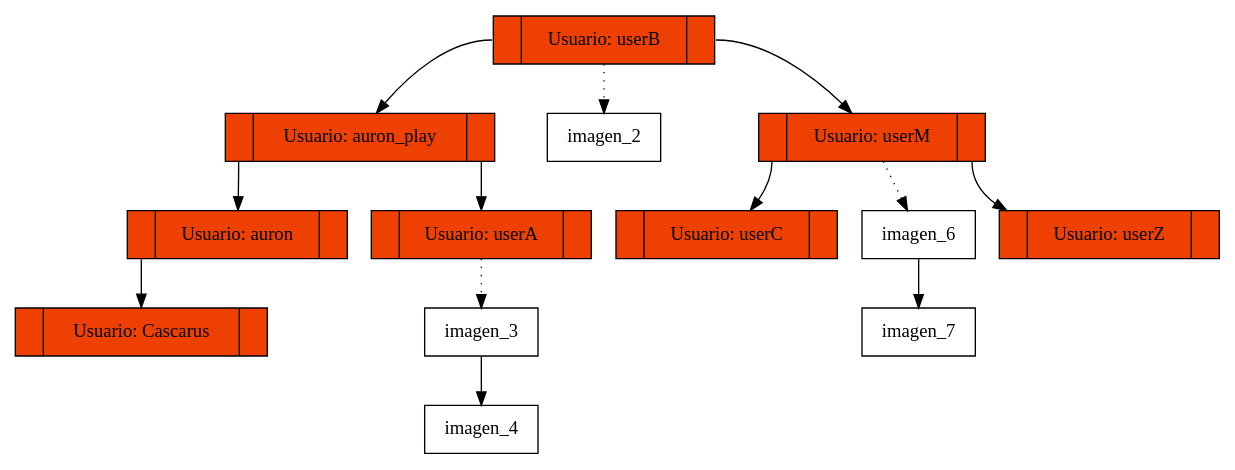
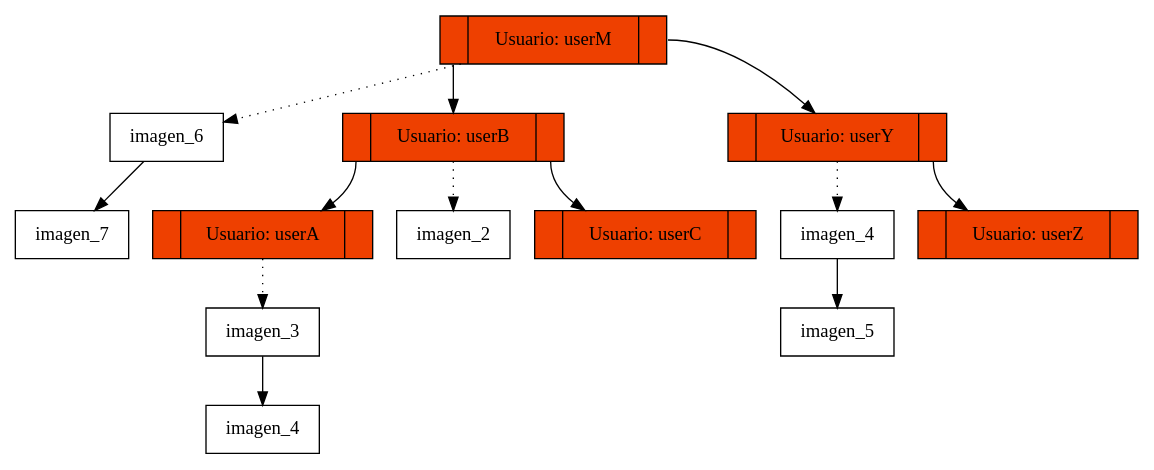
The diagram in [EDD]Proyecto1_201603127/Arbol_AVL.dot (Cascarus/-EDD-Proyecto1_201603127), drawn with Graphviz before and after one commit. The commit also changed 6 other files, not shown here.

```diff
--- a/[EDD]Proyecto1_201603127/Arbol_AVL.dot
+++ b/[EDD]Proyecto1_201603127/Arbol_AVL.dot
@@ -1,40 +1,40 @@
 digraph g{
-	Node845275:C0->Node7547661; 
-	Node845275:C1->Node8601332; 
+	Node8601332:C0->Node845275; 
+	Node8601332:C1->Node3847813; 
+	Node8601332->Node_userM_6[style=dotted]; 
+	Node_userM_6->Node_userM_7; 
+
+ 	Node_userM_6[shape=record,width=.9,height=.5,label = "imagen_6"] 
+
+ 	Node_userM_7[shape=record,width=.9,height=.5,label = "imagen_7"] 
+	Node845275:C0->Node6865180; 
+	Node845275:C1->Node2538854; 
 	Node845275->Node_userB_2[style=dotted]; 
 
  	Node_userB_2[shape=record,width=.9,height=.5,label = "imagen_2"] 
-	Node7547661:C0->Node4386362; 
-	Node7547661:C1->Node6865180; 
-	Node4386362:C0->Node4865574; 
-
- 	Node4865574[shape=record,width=.9,height=.5,style=filled,fillcolor=orangered2,label = "<C0>|Usuario: Cascarus|<C1>"] 
-
- 	Node4386362[shape=record,width=.9,height=.5,style=filled,fillcolor=orangered2,label = "<C0>|Usuario: auron|<C1>"] 
 	Node6865180->Node_userA_3[style=dotted]; 
 	Node_userA_3->Node_userA_4; 
 
  	Node_userA_3[shape=record,width=.9,height=.5,label = "imagen_3"] 
 
  	Node_userA_4[shape=record,width=.9,height=.5,label = "imagen_4"] 
 
  	Node6865180[shape=record,width=.9,height=.5,style=filled,fillcolor=orangered2,label = "<C0>|Usuario: userA|<C1>"] 
 
- 	Node7547661[shape=record,width=.9,height=.5,style=filled,fillcolor=orangered2,label = "<C0>|Usuario: auron_play|<C1>"] 
-	Node8601332:C0->Node2538854; 
-	Node8601332:C1->Node3648483; 
-	Node8601332->Node_userM_6[style=dotted]; 
-	Node_userM_6->Node_userM_7; 
+ 	Node2538854[shape=record,width=.9,height=.5,style=filled,fillcolor=orangered2,label = "<C0>|Usuario: userC|<C1>"] 
 
- 	Node_userM_6[shape=record,width=.9,height=.5,label = "imagen_6"] 
+ 	Node845275[shape=record,width=.9,height=.5,style=filled,fillcolor=orangered2,label = "<C0>|Usuario: userB|<C1>"] 
+	Node3847813:C1->Node3648483; 
+	Node3847813->Node_userY_4[style=dotted]; 
+	Node_userY_4->Node_userY_5; 
 
- 	Node_userM_7[shape=record,width=.9,height=.5,label = "imagen_7"] 
+ 	Node_userY_4[shape=record,width=.9,height=.5,label = "imagen_4"] 
 
- 	Node2538854[shape=record,width=.9,height=.5,style=filled,fillcolor=orangered2,label = "<C0>|Usuario: userC|<C1>"] 
+ 	Node_userY_5[shape=record,width=.9,height=.5,label = "imagen_5"] 
 
  	Node3648483[shape=record,width=.9,height=.5,style=filled,fillcolor=orangered2,label = "<C0>|Usuario: userZ|<C1>"] 
 
+ 	Node3847813[shape=record,width=.9,height=.5,style=filled,fillcolor=orangered2,label = "<C0>|Usuario: userY|<C1>"] 
+
  	Node8601332[shape=record,width=.9,height=.5,style=filled,fillcolor=orangered2,label = "<C0>|Usuario: userM|<C1>"] 
-
- 	Node845275[shape=record,width=.9,height=.5,style=filled,fillcolor=orangered2,label = "<C0>|Usuario: userB|<C1>"] 
 }
```
